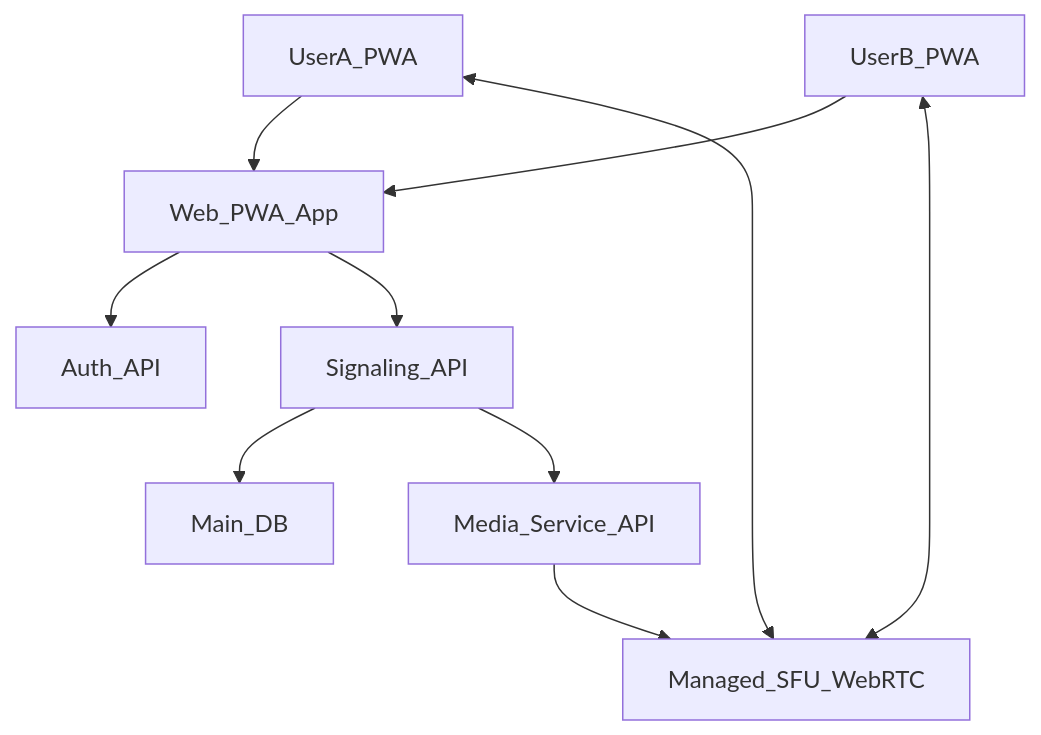
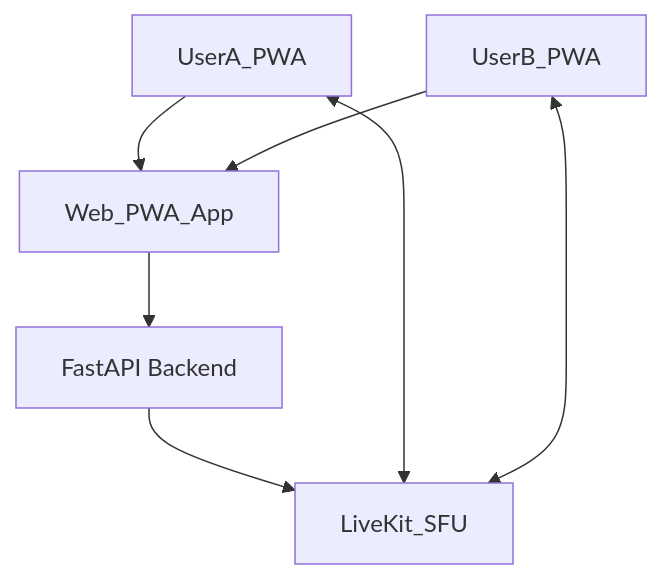
Before and after one commit to Ch1kez/NoMax: the diagram in README.md, drawn with Mermaid. The commit also changed other lines of this file and 4 other files, not shown here.

````diff
--- a/README.md
+++ b/README.md
@@ -11,16 +16,12 @@
 ```mermaid
 flowchart TD
   userA[UserA_PWA] --> frontend[Web_PWA_App]
   userB[UserB_PWA] --> frontend
 
-  frontend --> authAPI[Auth_API]
-  frontend --> signalingAPI[Signaling_API]
+  frontend --> backendAPI[FastAPI Backend]
 
-  signalingAPI --> dbMain[Main_DB]
-  signalingAPI --> mediaSvcAPI[Media_Service_API]
+  backendAPI --> livekit[LiveKit_SFU]
 
-  userA <--> sfuServer[Managed_SFU_WebRTC]
-  userB <--> sfuServer
-
-  mediaSvcAPI --> sfuServer
+  userA <--> livekit
+  userB <--> livekit
 ```
````
